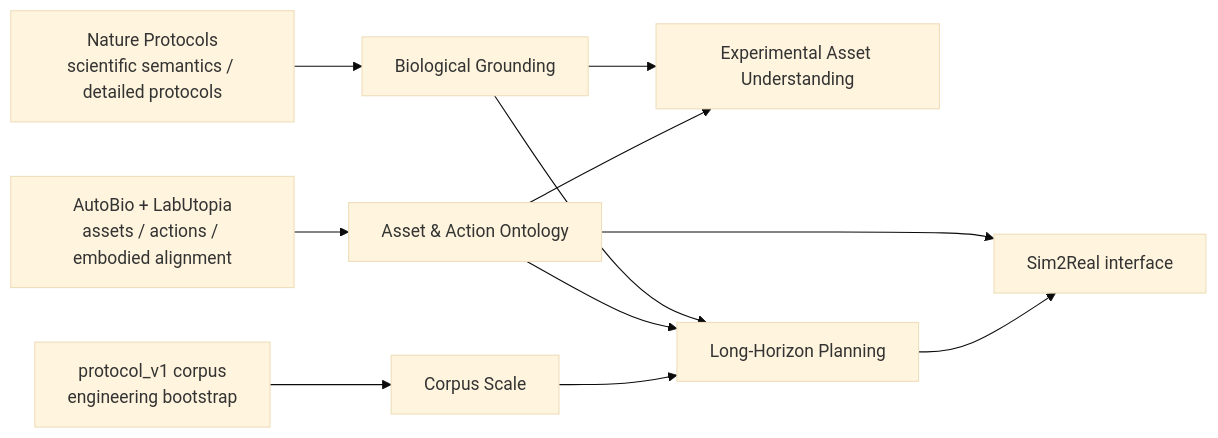
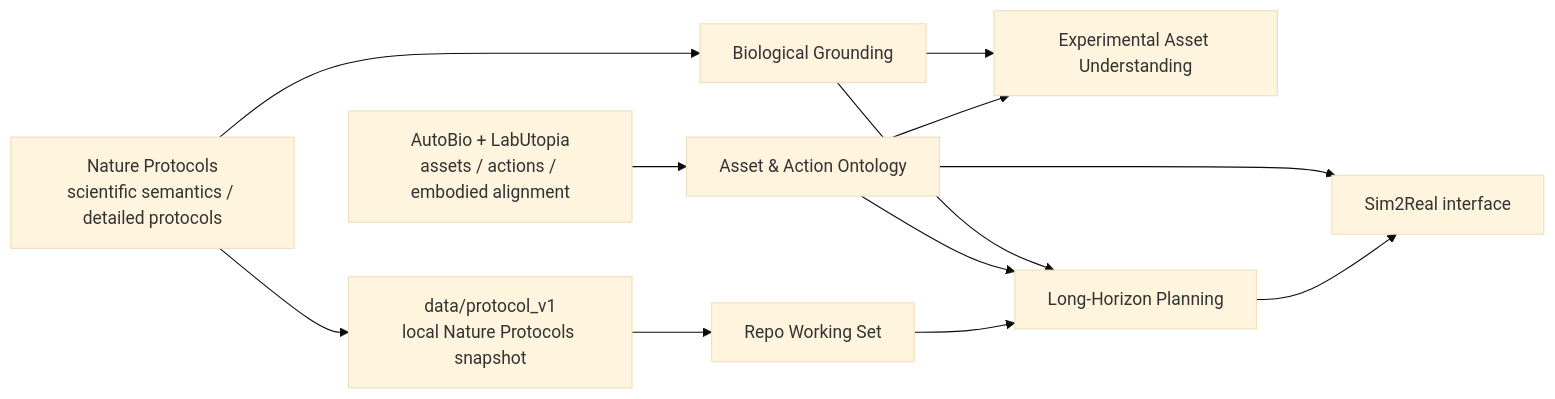
One commit to black-yt/LabOS changed the first of 2 diagrams in README.md. Above: the diagram before and after it, drawn with Mermaid (base theme). The commit also changed other lines of this file and 1 other file, not shown here.

Commit message:
Align protocol_v1 wording with Nature Protocols

````diff
--- a/README.md
+++ b/README.md
@@ -23,16 +23,17 @@
 ```mermaid
 flowchart LR
     A[Nature Protocols<br/>scientific semantics / detailed protocols] --> B[Biological Grounding]
     C[AutoBio + LabUtopia<br/>assets / actions / embodied alignment] --> D[Asset & Action Ontology]
-    E[protocol_v1 corpus<br/>engineering bootstrap] --> F[Corpus Scale]
+    A --> E[data/protocol_v1<br/>local Nature Protocols snapshot]
+    E --> F[Repo Working Set]
 
     B --> G[Experimental Asset Understanding]
     D --> G
 
     B --> H[Long-Horizon Planning]
     D --> H
     F --> H
 
     D --> I[Sim2Real interface]
     H --> I
 ```
````
